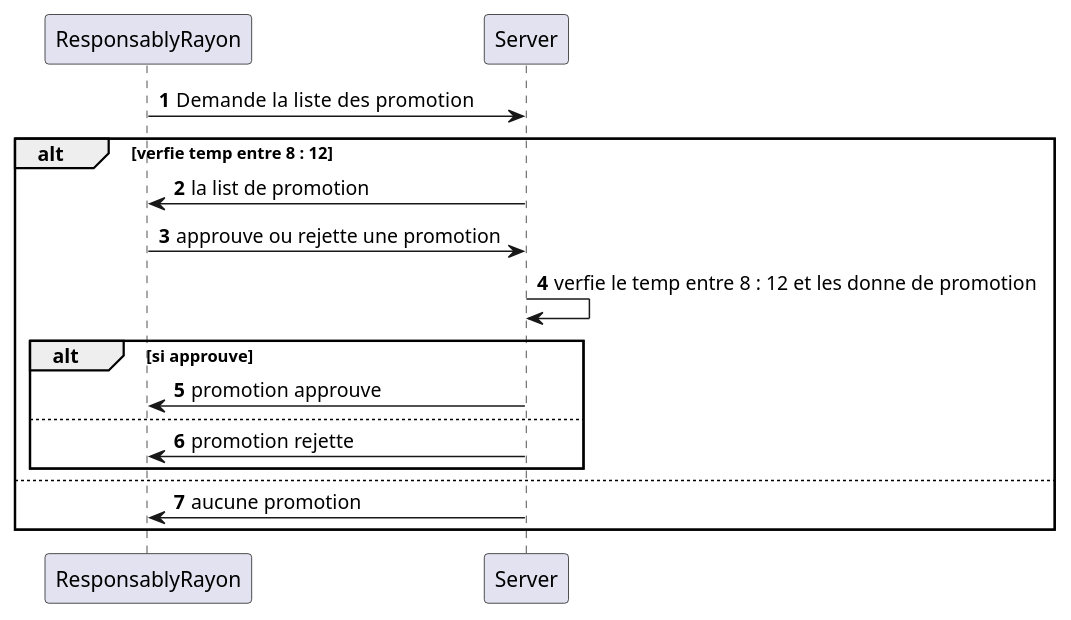
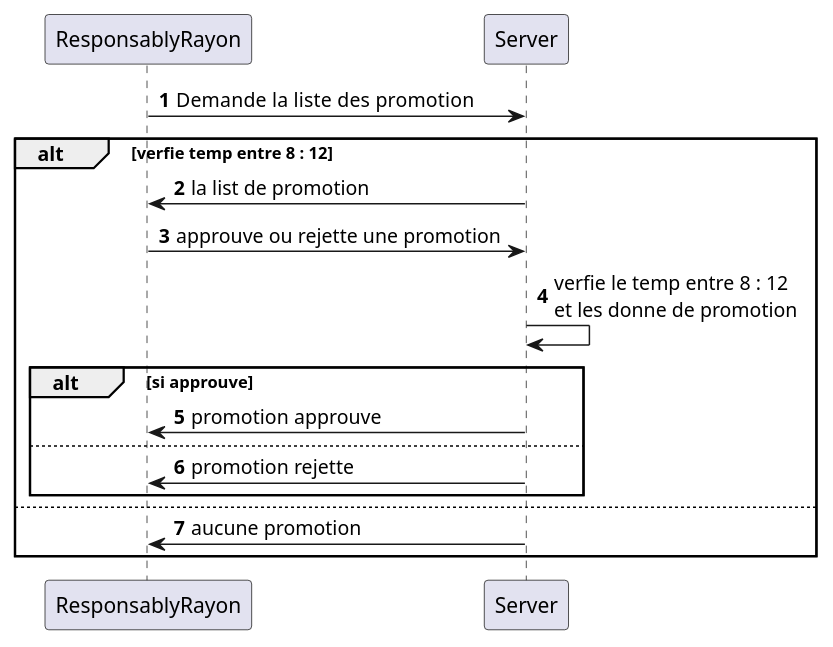
One commit to elhajuojy/api-promotion-marjane changed the diagram in connecption/sequance-diagram/responsable-rayon-refuse-ou-approuve-promotion.puml. Above: the diagram before and after it, drawn with PlantUML.

Commit message:
[  MISSEJOUR MARJOUR ] [ CHANGE plusieurs IMPLEMENTATION ,  AUSSI AJOUTER LES DIAGRAM DE SEQUANCE    ]

```diff
--- a/connecption/sequance-diagram/responsable-rayon-refuse-ou-approuve-promotion.puml
+++ b/connecption/sequance-diagram/responsable-rayon-refuse-ou-approuve-promotion.puml
@@ -1,21 +1,21 @@
 @startuml
 'https://plantuml.com/sequence-diagram
 
 autonumber
 
 ResponsablyRayon -> Server : Demande  la liste des promotion
 alt verfie temp entre 8 : 12
     Server -> ResponsablyRayon : la list de promotion
     ResponsablyRayon -> Server : approuve ou rejette une promotion
-    Server -> Server : verfie le temp entre 8 : 12 et les donne de promotion
+    Server -> Server : verfie le temp entre 8 : 12  \net les donne de promotion
    alt si approuve
         Server -> ResponsablyRayon : promotion approuve
     else
         Server -> ResponsablyRayon : promotion rejette
     end
 
 else
     Server -> ResponsablyRayon : aucune promotion
 end
 
 @enduml
```
